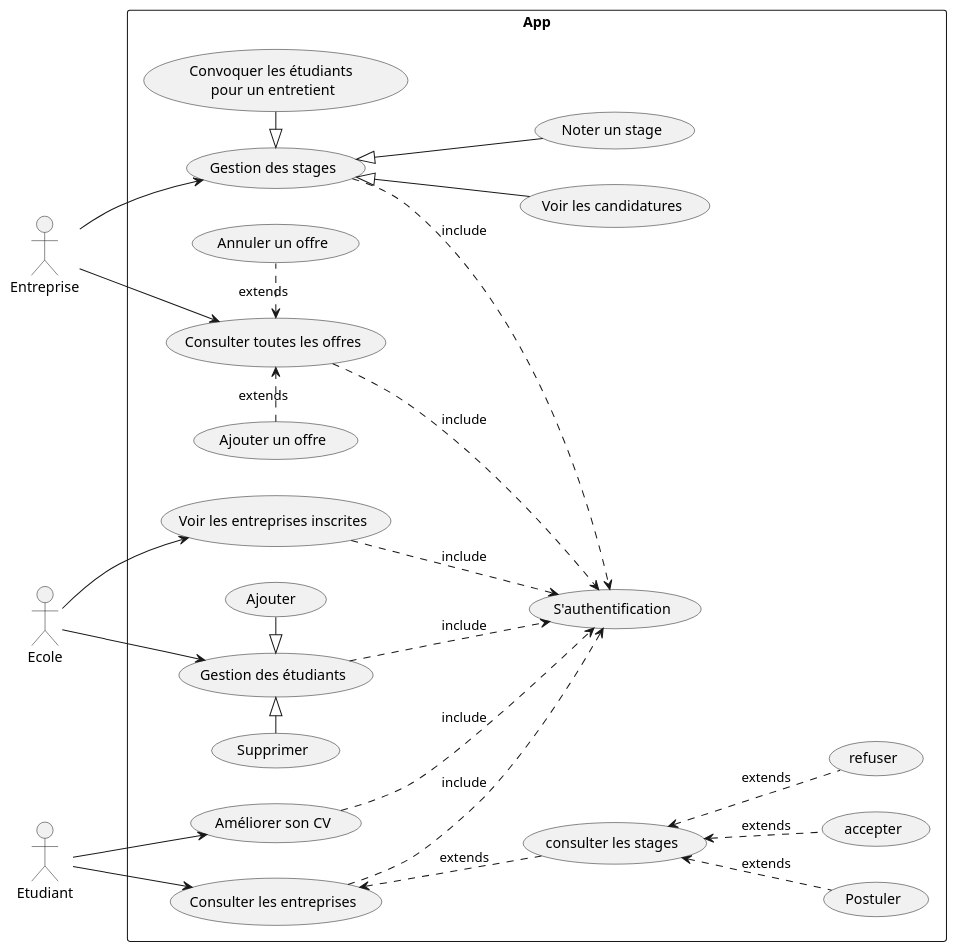
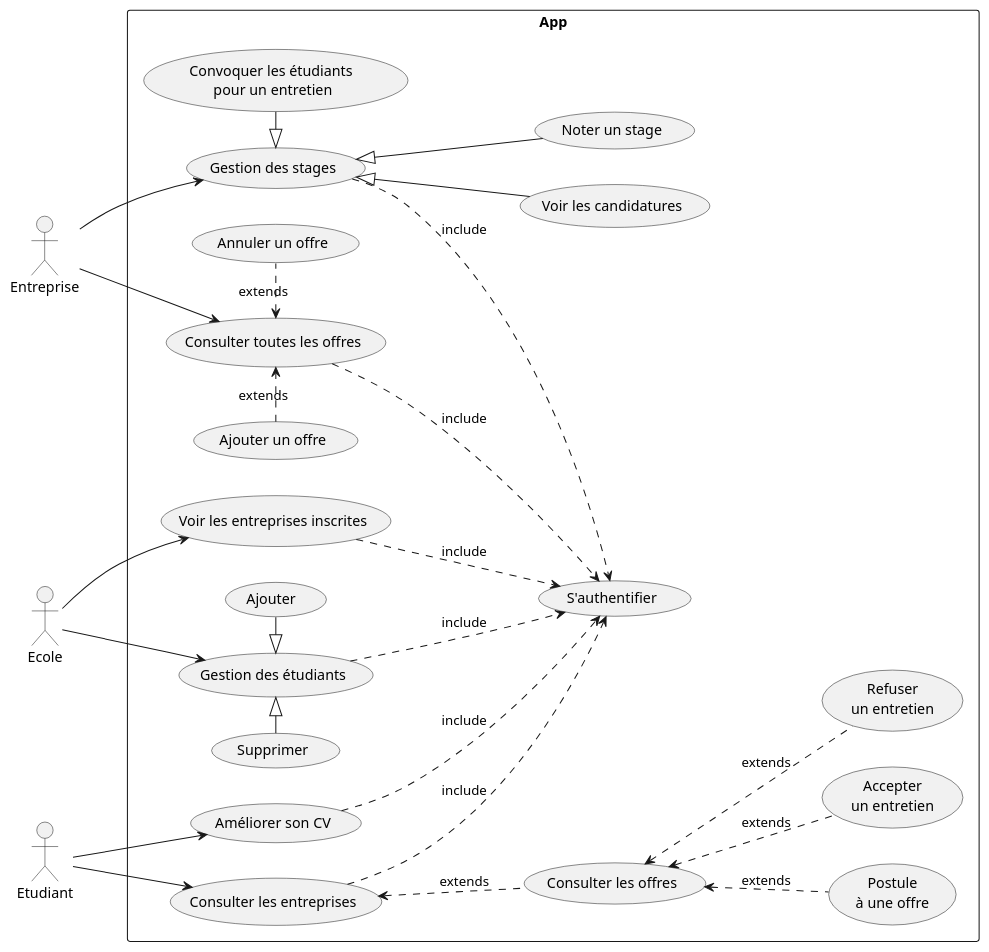
Before and after one commit to mhamedouadghiri/ProjetJEE: the diagram in Resources/UC.plantuml, drawn with PlantUML. The commit also changed 2 other files, not shown here.

```diff
--- a/Resources/UC.plantuml
+++ b/Resources/UC.plantuml
@@ -1,56 +1,56 @@
 @startuml ProjetJEE
 left to right direction
 actor "Entreprise" as fc
 actor "Ecole" as EC
 actor "Etudiant" as ET
 rectangle App {
   usecase "Gestion des stages" as UC1
   usecase "Ajouter un offre" as UC2
   usecase "Annuler un offre" as UC3
   usecase "Consulter toutes les offres" as UC4
-  usecase (Convoquer les étudiants \npour un entretient) as UC5
-  usecase "S'authentification" as UC6
+  usecase (Convoquer les étudiants \npour un entretien) as UC5
+  usecase "S'authentifier" as UC6
   usecase "Voir les entreprises inscrites" as UC7
   usecase "Gestion des étudiants" as UC8
   usecase "Ajouter " as UC9
   usecase "Supprimer" as UC10
   usecase "Améliorer son CV" as UC11
   usecase "Consulter les entreprises" as UC15
-  usecase "Postuler" as UC16
-  usecase "accepter" as UC18
-  usecase "refuser" as UC19
-  usecase "consulter les stages" as UC22
+  usecase "Postule\nà une offre" as UC16
+  usecase "Accepter\nun entretien" as UC18
+  usecase "Refuser\nun entretien" as UC19
+  usecase "Consulter les offres" as UC22
   usecase "Noter un stage" as UC23
   usecase "Voir les candidatures" as UC24
 }
 ' Pour l'entreprise
 fc --> UC1
-fc --> UC4 
+fc --> UC4
 UC4 <.left. UC2 :extends
 UC4 <.UC3 :extends
 UC1 <|- UC5
 UC1 <|-down- UC23
 UC1 <|-down- UC24
 
 ' Pour l'école
 EC --> UC7
 EC --> UC8
 UC8 <|-right- UC9
 UC8 <|-left- UC10
 
-' Pour les authentifications 
+' Pour les authentifications con
 UC1 .down.> UC6:include
 UC4 .down.> UC6:include
 UC8 .down.> UC6:include
 UC7 .down.> UC6:include
 UC11 .down.> UC6:include
 UC15 .down.> UC6:include
 
 ' Pour l'étudiant
 ET --> UC11
 ET --> UC15
 UC15 <.down. UC22 :extends
 UC22 <.. UC16 : extends
 UC22 <.down. UC18 : extends
 UC22 <.down. UC19 : extends
 @enduml
```
